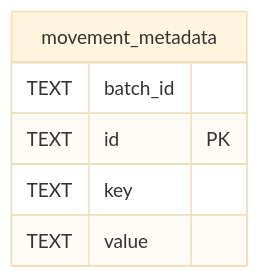
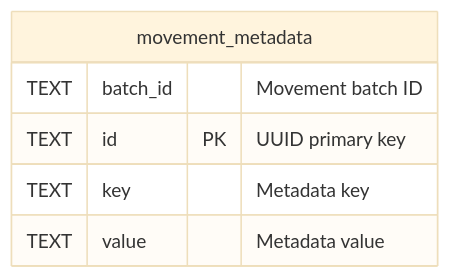
One commit to drummonds/go-luca changed the diagram in docs/schema/movement_metadata.md. Above: the diagram before and after it, drawn with Mermaid (base theme). The commit also changed other lines of this file and 42 other files, not shown here.

Commit message:
Reorganising schema

````diff
--- a/docs/schema/movement_metadata.md
+++ b/docs/schema/movement_metadata.md
@@ -44,11 +46,11 @@
 ```mermaid
 erDiagram
 
 
 "movement_metadata" {
-  TEXT batch_id ""
-  TEXT id PK ""
-  TEXT key ""
-  TEXT value ""
+  TEXT batch_id "Movement batch ID"
+  TEXT id PK "UUID primary key"
+  TEXT key "Metadata key"
+  TEXT value "Metadata value"
 }
 ```
````
